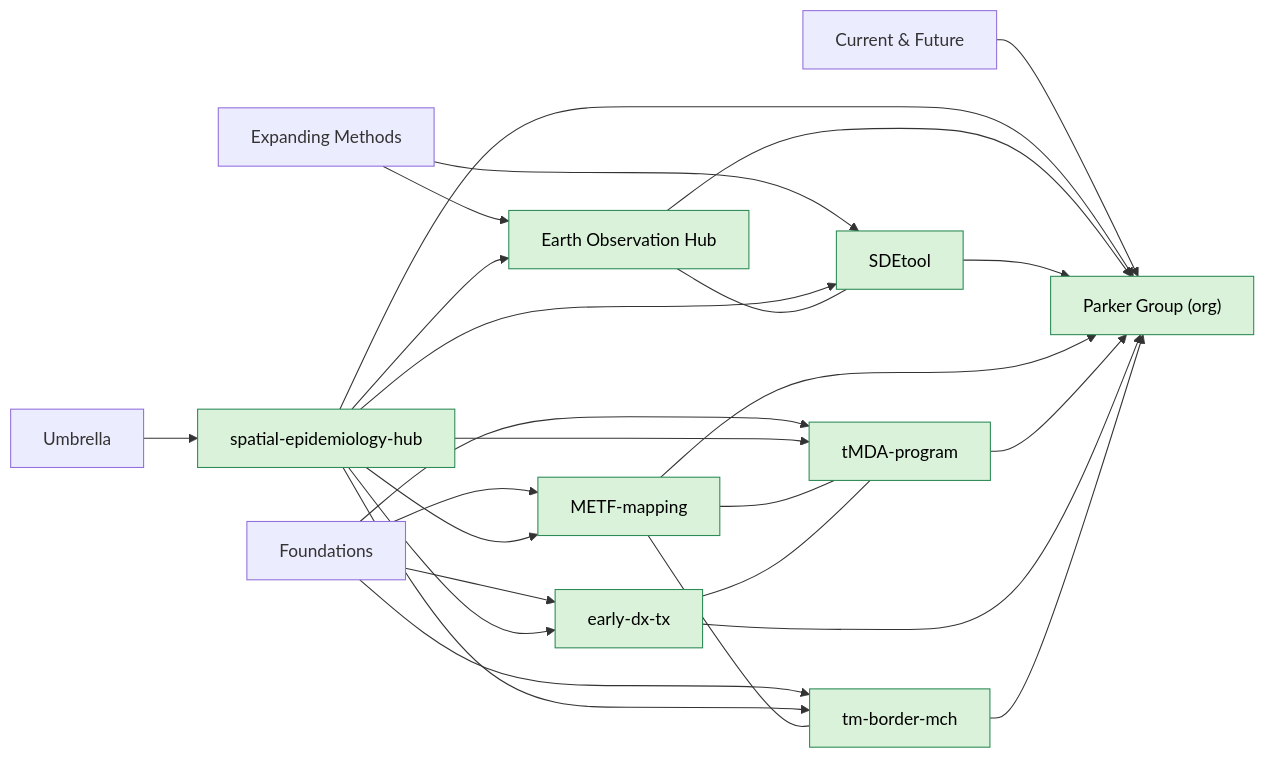
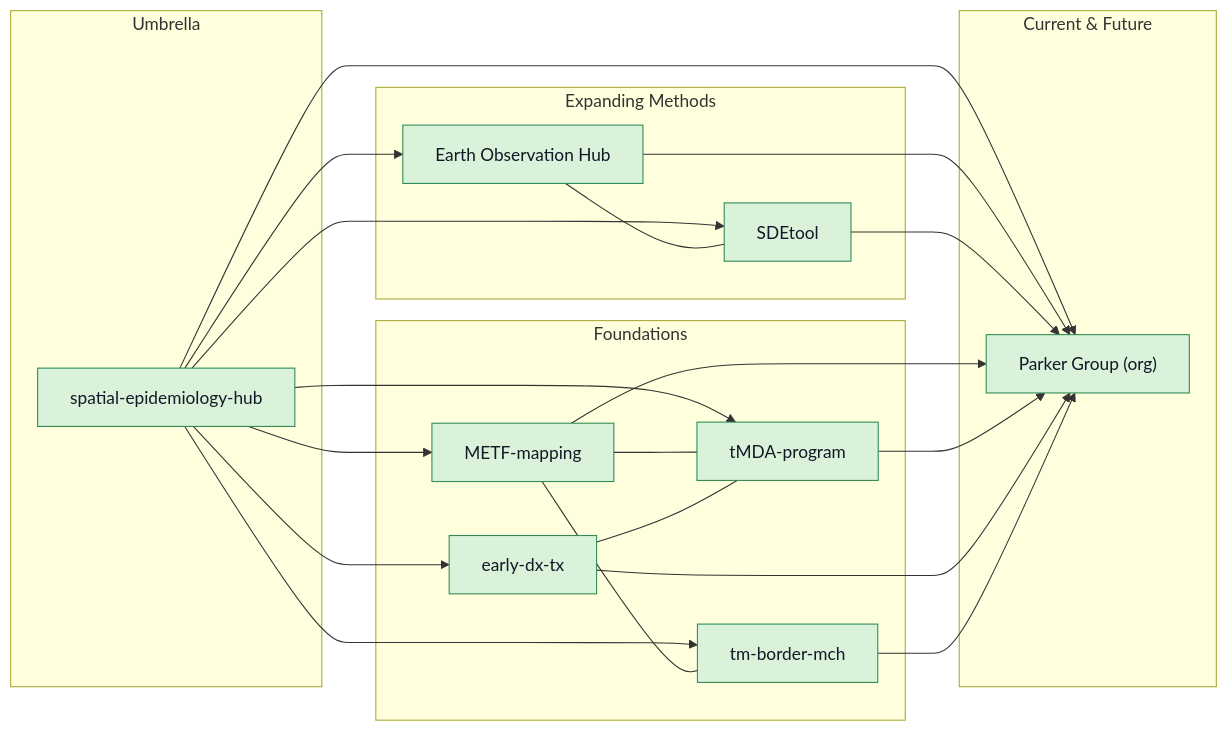
Before and after one commit to DMParker1/spatial-epidemiology-hub: the diagram in README.md, drawn with Mermaid.

````diff
--- a/README.md
+++ b/README.md
@@ -40,55 +40,54 @@
 ```mermaid
+%%{init: {'theme':'base','themeVariables': {
+  'background':'#f5f5f5',      /* chart background */
+  'clusterBkg':'#f5f5f5',      /* subgraph (group) background */
+  'clusterBorder':'#d1d5db',   /* subgraph border */
+  'primaryColor':'#d9f2d9',    /* default node fill */
+  'primaryBorderColor':'#2e8b57',
+  'primaryTextColor':'#111827'
+}}}%%
 flowchart LR
-  %% Light green style for nodes
-  classDef greenBox fill:#d9f2d9,stroke:#2e8b57,stroke-width:1px,color:#000;
+  subgraph A[Foundations]
+    METF["METF-mapping"]
+    EDT["early-dx-tx"]
+    MCH["tm-border-mch"]
+    tMDA["tMDA-program"]
+  end
 
-  %% Headings as dummy text nodes (not connected)
-  A[Foundations]
-  B[Expanding Methods]
-  C[Umbrella]
-  D[Current & Future]
+  subgraph B[Expanding Methods]
+    EO["Earth Observation Hub"]
+    SDE["SDEtool"]
+  end
 
-  %% Real nodes
-  METF["METF-mapping"]
-  EDT["early-dx-tx"]
-  MCH["tm-border-mch"]
-  tMDA["tMDA-program"]
-  EO["Earth Observation Hub"]
-  SDE["SDEtool"]
-  GIS["spatial-epidemiology-hub"]
-  PG["Parker Group (org)"]
+  subgraph C[Umbrella]
+    GIS["spatial-epidemiology-hub"]
+  end
 
-  %% Layout (place headings above their group)
-  A --> METF
-  A --> EDT
-  A --> MCH
-  A --> tMDA
-  B --> EO
-  B --> SDE
-  C --> GIS
-  D --> PG
+  subgraph D[Current & Future]
+    PG["Parker Group (org)"]
+  end
 
-  %% Project connections
   GIS --> METF
   GIS --> tMDA
   GIS --> EDT
   GIS --> MCH
   GIS --> EO
   GIS --> SDE
   GIS --> PG
 
   METF --- tMDA
   EDT --- tMDA
   METF --- MCH
   EO --- SDE
 
   EO --> PG
   SDE --> PG
   METF --> PG
   tMDA --> PG
   EDT --> PG
   MCH --> PG
 
-  %% Apply green style to all nodes
+  %% Optional: enforce light green on all nodes even if theme changes
+  classDef greenBox fill:#d9f2d9,stroke:#2e8b57,stroke-width:1px,color:#111827;
   class METF,EDT,MCH,tMDA,EO,SDE,GIS,PG greenBox;
 ```
````
